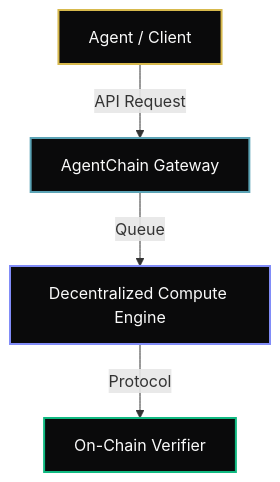
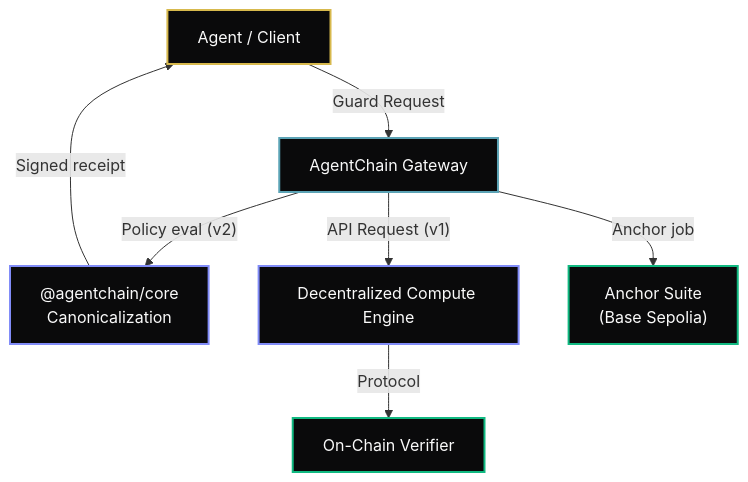
One commit to humbleaf/docs changed the third of 3 diagrams in agentchain/architecture.mdx. Above: the diagram before and after it, drawn with Mermaid. The commit also changed other lines of this file and 7 other files, not shown here.

First line of the commit message:
docs(mintlify): v2 guard + anchor suite sync

````diff
--- a/agentchain/architecture.mdx
+++ b/agentchain/architecture.mdx
@@ -75,11 +87,16 @@
 ```mermaid
 flowchart TD
-    Client[Agent / Client] -->|API Request| Gateway[AgentChain Gateway]
-    Gateway -->|Queue| Compute[Decentralized Compute Engine]
-    Compute -->|Protocol| Verifier[On-Chain Verifier]
+    Client["Agent / Client"] -->|Guard Request| Gateway["AgentChain Gateway"]
+    Gateway -->|"Policy eval (v2)"| Core["@agentchain/core\nCanonicalization"]
+    Core -->|Signed receipt| Client
+    Gateway -->|"API Request (v1)"| Queue["Decentralized Compute Engine"]
+    Queue -->|Protocol| Verifier["On-Chain Verifier"]
+    Gateway -->|"Anchor job"| Anchors["Anchor Suite\n(Base Sepolia)"]
 
     style Client fill:#0a0a0b,stroke:#d7b94d,stroke-width:2px,color:#fafafa
     style Gateway fill:#0a0a0b,stroke:#5ba3b5,stroke-width:2px,color:#fafafa
-    style Compute fill:#0a0a0b,stroke:#818cf8,stroke-width:2px,color:#fafafa
+    style Core fill:#0a0a0b,stroke:#818cf8,stroke-width:2px,color:#fafafa
+    style Queue fill:#0a0a0b,stroke:#818cf8,stroke-width:2px,color:#fafafa
     style Verifier fill:#0a0a0b,stroke:#10B981,stroke-width:2px,color:#fafafa
+    style Anchors fill:#0a0a0b,stroke:#10B981,stroke-width:2px,color:#fafafa
 ```
````
